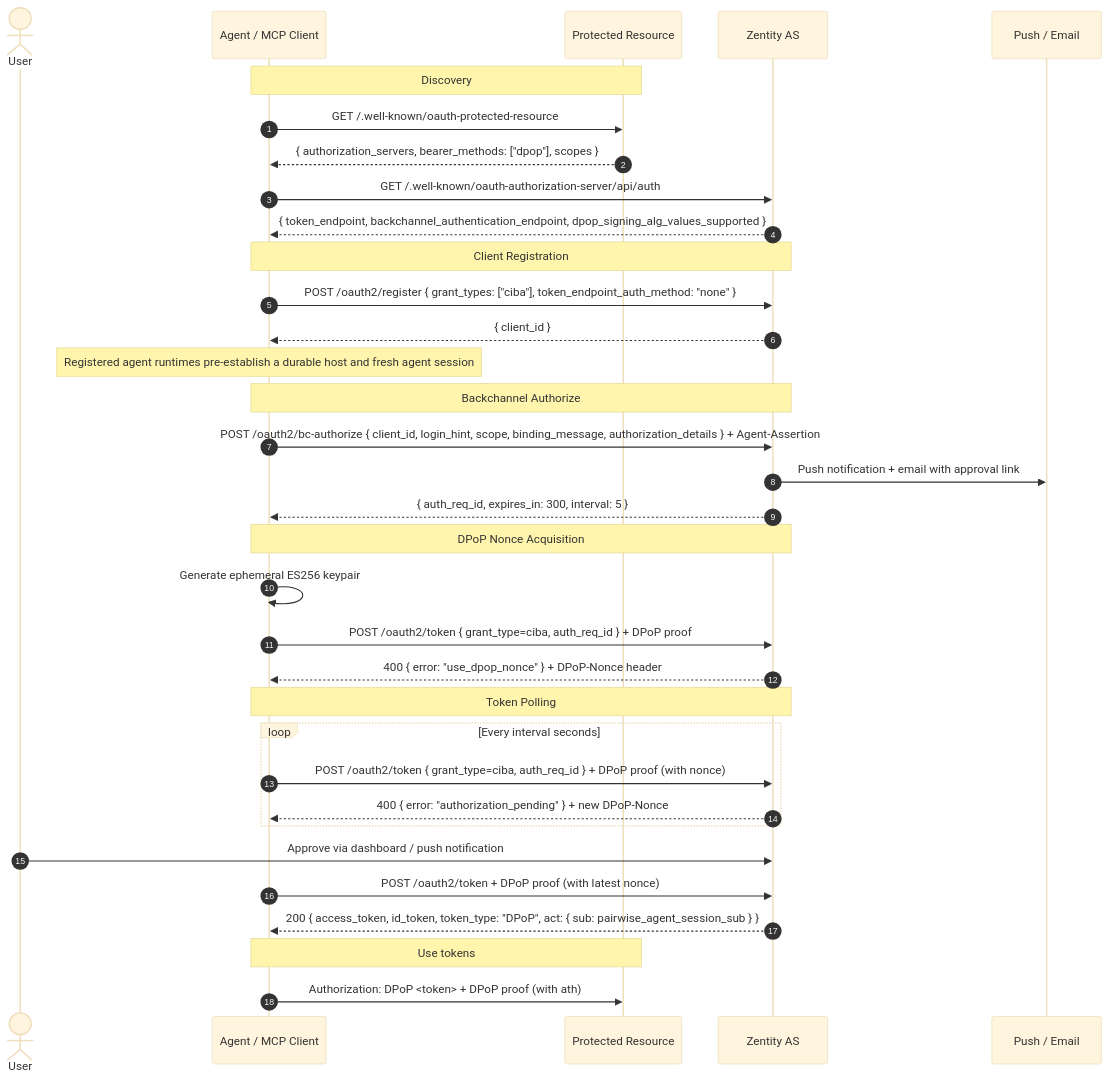
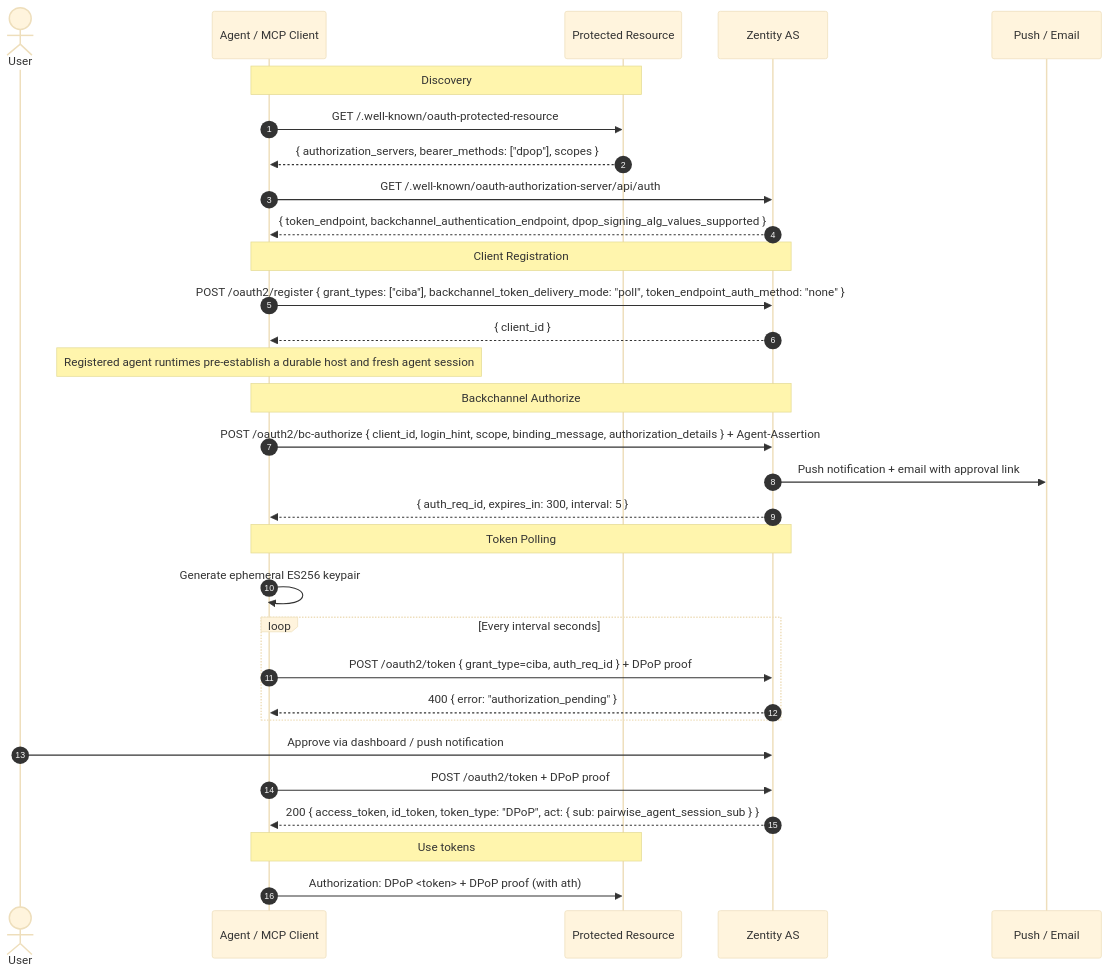
The fourth of 5 diagrams in docs/(protocols)/oauth-integrations.md (gustavovalverde/zentity), drawn with Mermaid (base theme) before and after one commit. The commit also changed other lines of this file and 135 other files, not shown here.

First line of the commit message:
feat(auth)!: move to Better Auth 1.8 and its CIBA, DPoP, and credential primitives (#236)

````diff
--- a/docs/(protocols)/oauth-integrations.md
+++ b/docs/(protocols)/oauth-integrations.md
@@ -170,43 +169,39 @@
 ```mermaid
 sequenceDiagram
   autonumber
   actor User
   participant Agent as Agent / MCP Client
   participant RS as Protected Resource
   participant AS as Zentity AS
   participant Notify as Push / Email
 
   Note over Agent,RS: Discovery
   Agent->>RS: GET /.well-known/oauth-protected-resource
   RS-->>Agent: { authorization_servers, bearer_methods: ["dpop"], scopes }
   Agent->>AS: GET /.well-known/oauth-authorization-server/api/auth
   AS-->>Agent: { token_endpoint, backchannel_authentication_endpoint, dpop_signing_alg_values_supported }
 
   Note over Agent,AS: Client Registration
-  Agent->>AS: POST /oauth2/register { grant_types: ["ciba"], token_endpoint_auth_method: "none" }
+  Agent->>AS: POST /oauth2/register { grant_types: ["ciba"], backchannel_token_delivery_mode: "poll", token_endpoint_auth_method: "none" }
   AS-->>Agent: { client_id }
 
   Note over Agent: Registered agent runtimes pre-establish a durable host and fresh agent session
   Note over Agent,AS: Backchannel Authorize
   Agent->>AS: POST /oauth2/bc-authorize { client_id, login_hint, scope, binding_message, authorization_details } + Agent-Assertion
   AS->>Notify: Push notification + email with approval link
   AS-->>Agent: { auth_req_id, expires_in: 300, interval: 5 }
 
-  Note over Agent,AS: DPoP Nonce Acquisition
+  Note over Agent,AS: Token Polling
   Agent->>Agent: Generate ephemeral ES256 keypair
-  Agent->>AS: POST /oauth2/token { grant_type=ciba, auth_req_id } + DPoP proof
-  AS-->>Agent: 400 { error: "use_dpop_nonce" } + DPoP-Nonce header
-
-  Note over Agent,AS: Token Polling
   loop Every interval seconds
-    Agent->>AS: POST /oauth2/token { grant_type=ciba, auth_req_id } + DPoP proof (with nonce)
-    AS-->>Agent: 400 { error: "authorization_pending" } + new DPoP-Nonce
+    Agent->>AS: POST /oauth2/token { grant_type=ciba, auth_req_id } + DPoP proof
+    AS-->>Agent: 400 { error: "authorization_pending" }
   end
 
   User->>AS: Approve via dashboard / push notification
-  Agent->>AS: POST /oauth2/token + DPoP proof (with latest nonce)
+  Agent->>AS: POST /oauth2/token + DPoP proof
   AS-->>Agent: 200 { access_token, id_token, token_type: "DPoP", act: { sub: pairwise_agent_session_sub } }
 
   Note over Agent,RS: Use tokens
   Agent->>RS: Authorization: DPoP <token> + DPoP proof (with ath)
 ```
````
